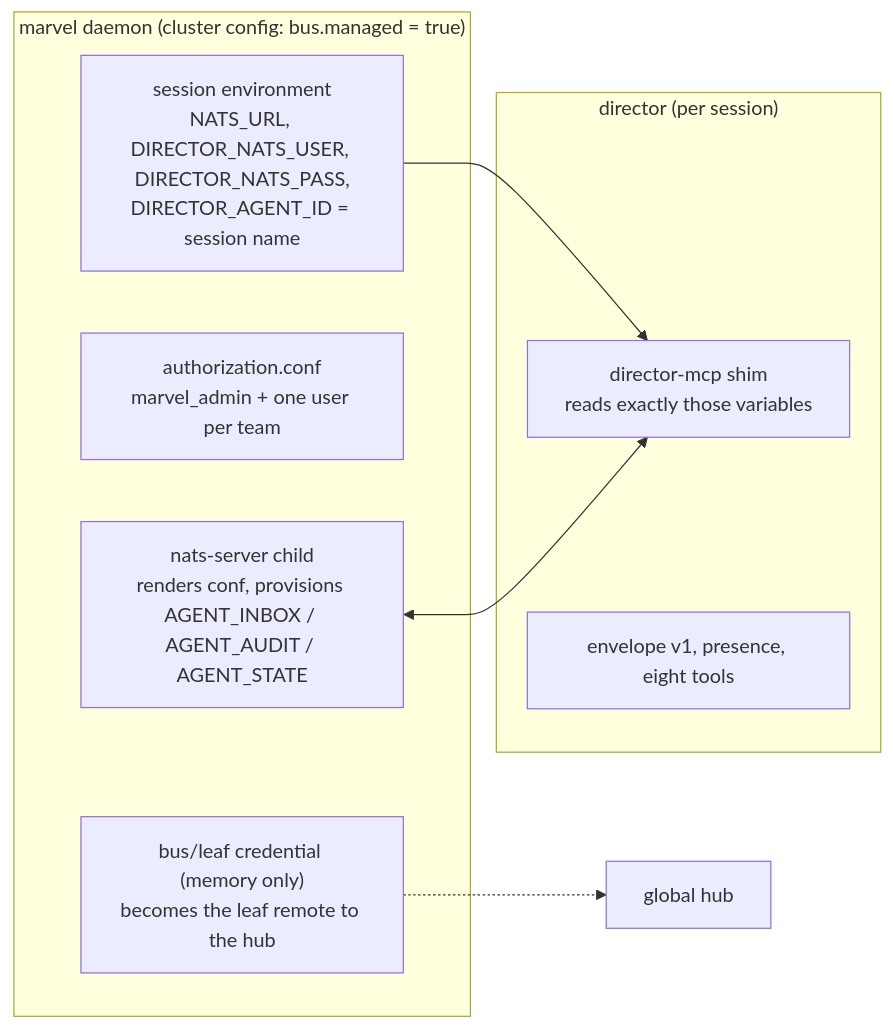
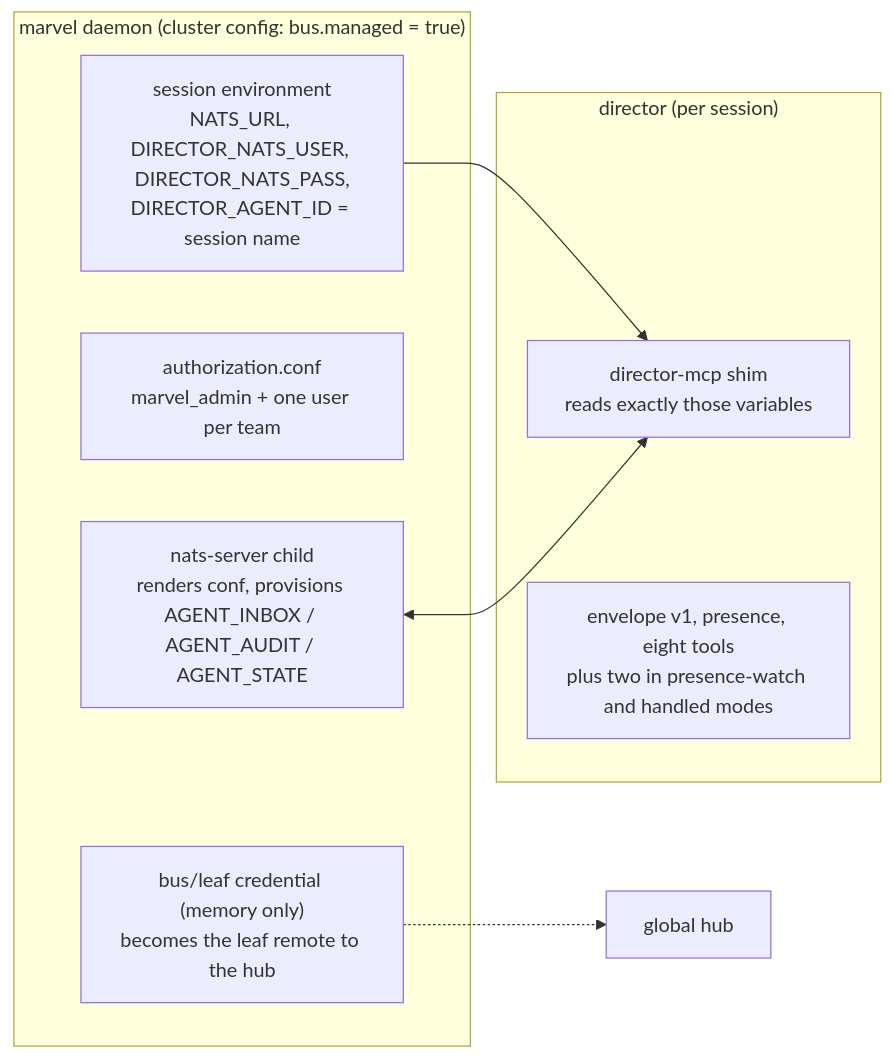
Before and after one commit to ArcavenAE/director: the sixth of 11 diagrams in docs/architecture.md, drawn with Mermaid. The commit also changed 2 other files, not shown here.

Commit message:
docs(director): document the eight missing environment variables and the two mode-only tools
shim-reference.md omitted DIRECTOR_DWS, DIRECTOR_FOR_FILTER,
DIRECTOR_PRESENCE_WATCH, MARVEL_BUS_STATE, MARVEL_PREDECESSOR, MARVEL_SESSION,
MARVEL_TEAM and MARVEL_WORKSPACE, which the shim reads. Add each with its
default and effect. Every 'eight tools' now says that cancel_held and
mark_handled appear only in presence-watch and handled modes.

````diff
--- a/docs/architecture.md
+++ b/docs/architecture.md
@@ -179,16 +179,16 @@
 ```mermaid
 flowchart LR
   subgraph marvel["marvel daemon (cluster config: bus.managed = true)"]
     N["nats-server child<br/>renders conf, provisions AGENT_INBOX / AGENT_AUDIT / AGENT_STATE"]
     AUTH["authorization.conf<br/>marvel_admin + one user per team"]
     ENV["session environment<br/>NATS_URL, DIRECTOR_NATS_USER, DIRECTOR_NATS_PASS,<br/>DIRECTOR_AGENT_ID = session name"]
     LEAF["bus/leaf credential (memory only)<br/>becomes the leaf remote to the hub"]
   end
   subgraph director["director (per session)"]
     SHIM["director-mcp shim<br/>reads exactly those variables"]
-    PROTO["envelope v1, presence, eight tools"]
+    PROTO["envelope v1, presence, eight tools<br/>plus two in presence-watch and handled modes"]
   end
   ENV --> SHIM
   N <--> SHIM
   LEAF -.-> HUB["global hub"]
 ```
````
